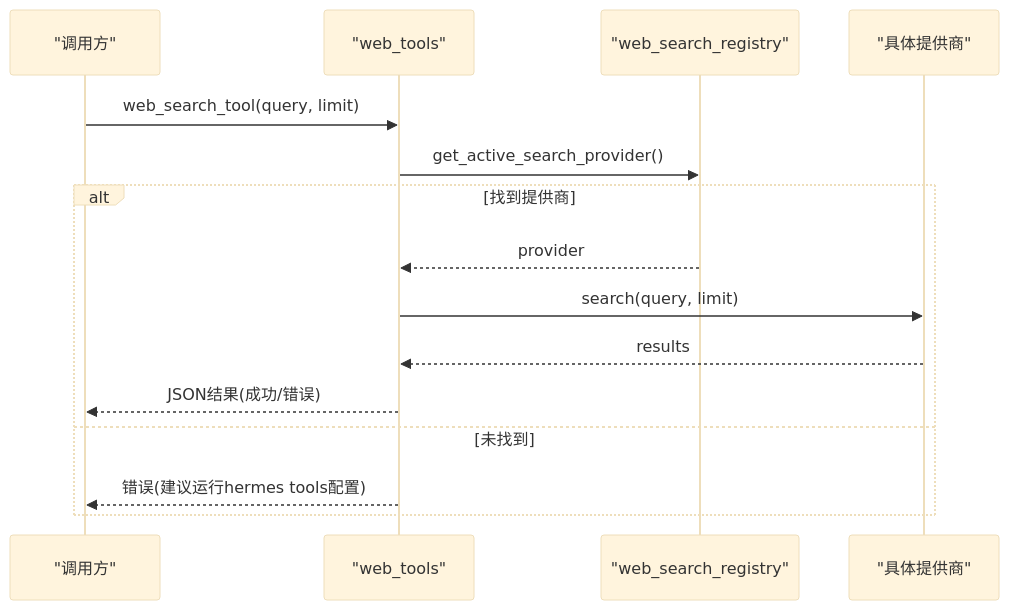
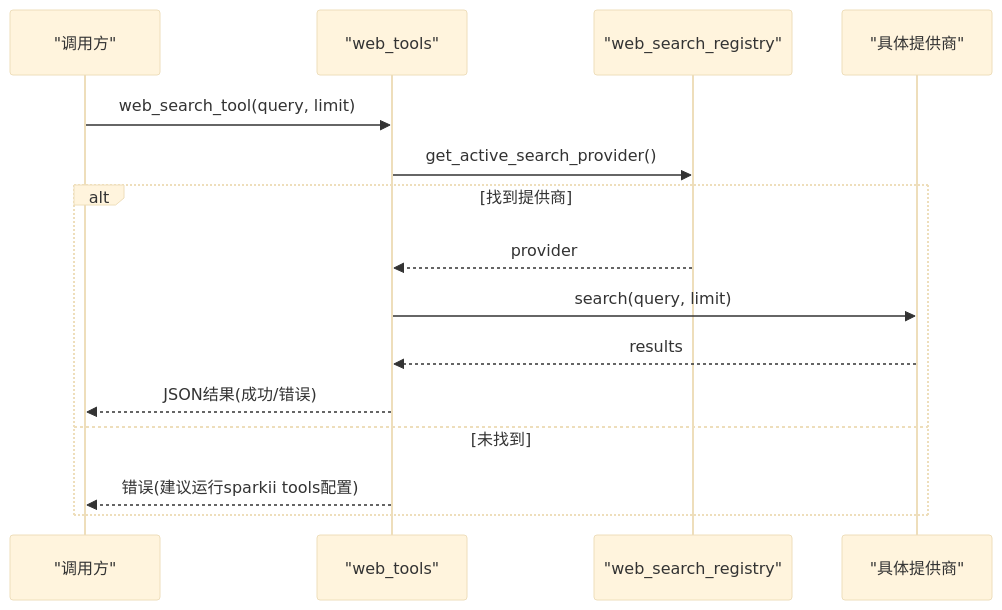
The seventh of 8 diagrams in .qoder/repowiki/zh/content/高级特性/插件生态系统/工具执行引擎/工具执行引擎.md (YueDJ/SpaikiiDesktop), drawn with Mermaid (base theme) before and after one commit. The commit also changed 299 other files, not shown here.

````diff
--- a/.qoder/repowiki/zh/content/高级特性/插件生态系统/工具执行引擎/工具执行引擎.md
+++ b/.qoder/repowiki/zh/content/高级特性/插件生态系统/工具执行引擎/工具执行引擎.md
@@ -345,17 +345,17 @@
 ```mermaid
 sequenceDiagram
 participant U as "调用方"
 participant WT as "web_tools"
 participant REG as "web_search_registry"
 participant PROV as "具体提供商"
 U->>WT : web_search_tool(query, limit)
 WT->>REG : get_active_search_provider()
 alt 找到提供商
 REG-->>WT : provider
 WT->>PROV : search(query, limit)
 PROV-->>WT : results
 WT-->>U : JSON结果(成功/错误)
 else 未找到
-WT-->>U : 错误(建议运行hermes tools配置)
+WT-->>U : 错误(建议运行sparkii tools配置)
 end
 ```
````
